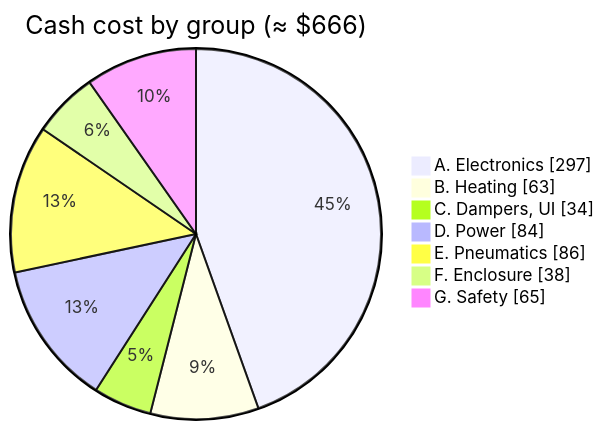
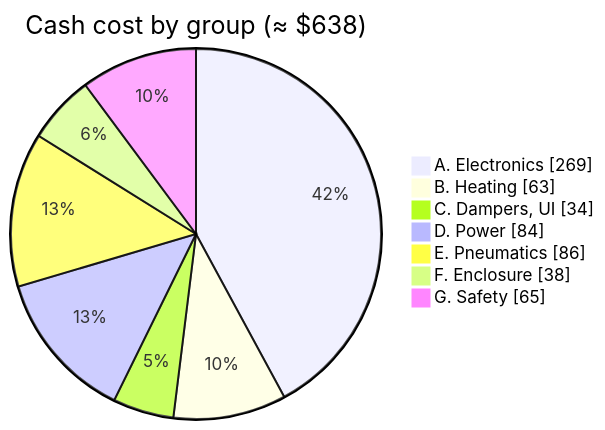
Before and after one commit to BashfulBits/3dp-fleet-exhaust: the diagram in docs/03_bill_of_materials.md, drawn with Mermaid. The commit also changed other lines of this file and 6 other files, not shown here.

````diff
--- a/docs/03_bill_of_materials.md
+++ b/docs/03_bill_of_materials.md
@@ -28,11 +28,11 @@
 ```mermaid
 pie showData
-  title Cash cost by group (≈ $666)
-  "A. Electronics" : 297
+  title Cash cost by group (≈ $638)
+  "A. Electronics" : 269
   "B. Heating" : 63
   "C. Dampers, UI" : 34
   "D. Power" : 84
   "E. Pneumatics" : 86
   "F. Enclosure" : 38
   "G. Safety" : 65
 ```
````
